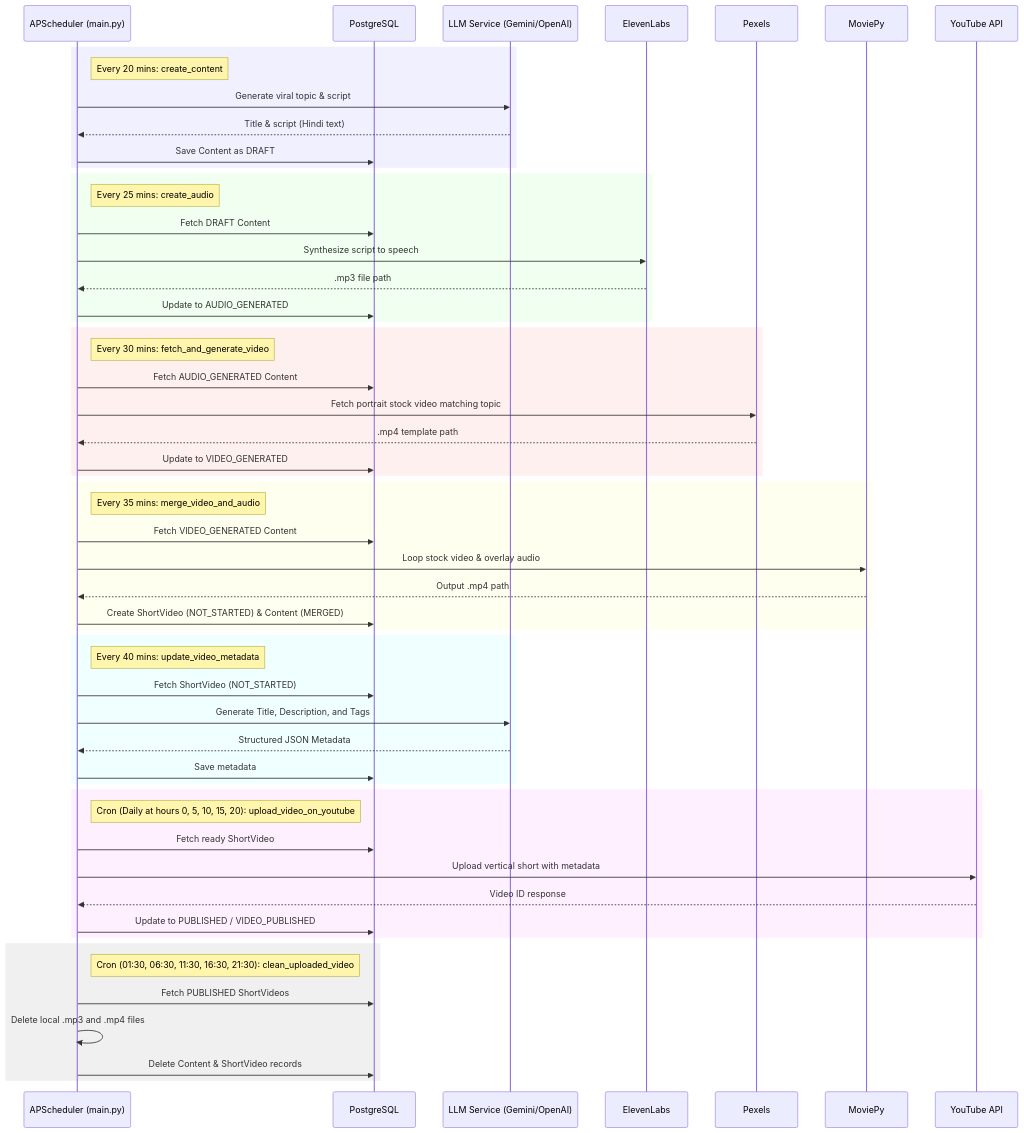
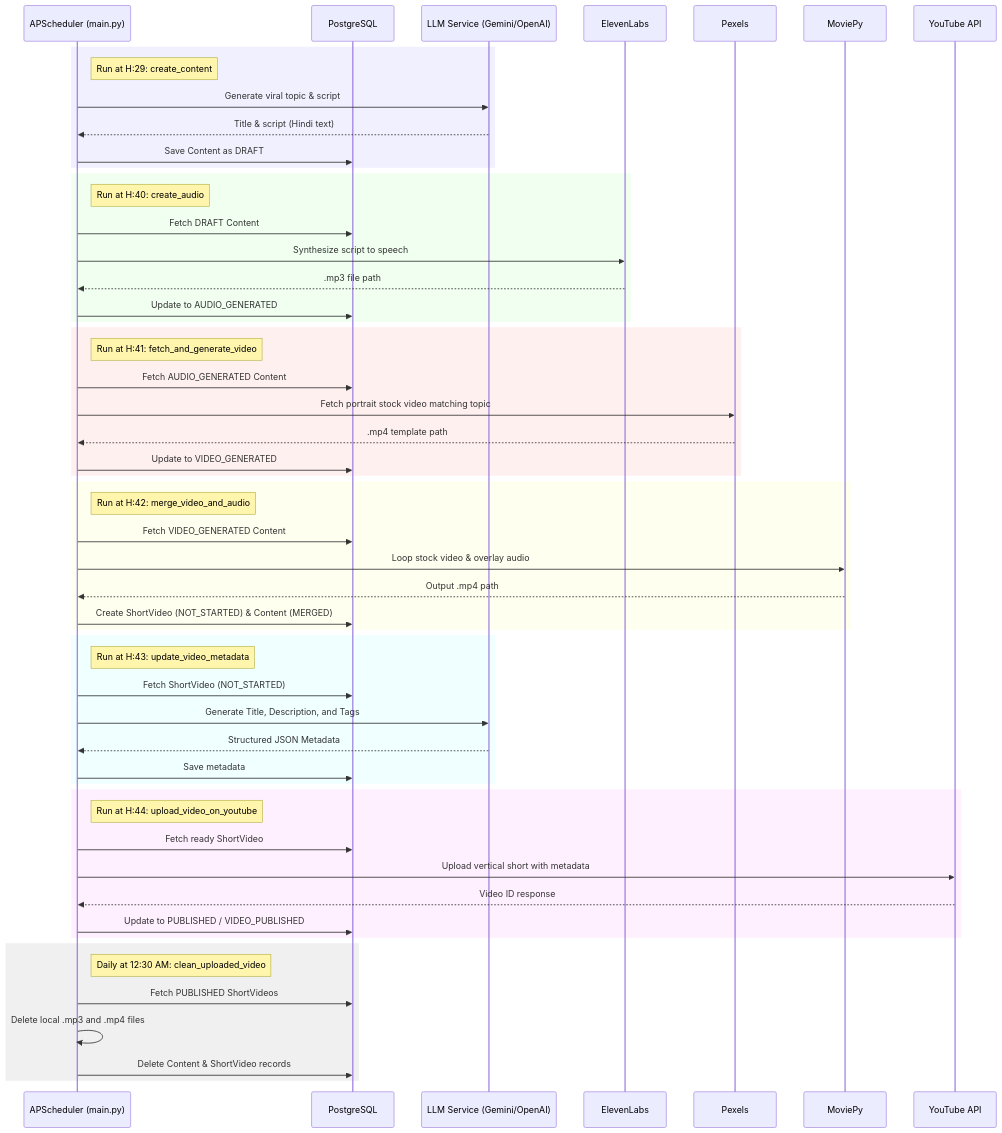
Before and after one commit to indvx/dg_shorts_ai: the second of 2 diagrams in README.md, drawn with Mermaid. The commit also changed other lines of this file and 1 other file, not shown here.

````diff
--- a/README.md
+++ b/README.md
@@ -319,64 +321,64 @@
 ```mermaid
 sequenceDiagram
     participant S as APScheduler (main.py)
     participant DB as PostgreSQL
     participant LLM as LLM Service (Gemini/OpenAI)
     participant EL as ElevenLabs
     participant P as Pexels
     participant MV as MoviePy
     participant YT as YouTube API
     
     rect rgb(240, 240, 255)
-    note right of S: Every 20 mins: create_content
+    note right of S: Run at H:29: create_content
     S->>LLM: Generate viral topic & script
     LLM-->>S: Title & script (Hindi text)
     S->>DB: Save Content as DRAFT
     end
 
     rect rgb(240, 255, 240)
-    note right of S: Every 25 mins: create_audio
+    note right of S: Run at H:40: create_audio
     S->>DB: Fetch DRAFT Content
     S->>EL: Synthesize script to speech
     EL-->>S: .mp3 file path
     S->>DB: Update to AUDIO_GENERATED
     end
 
     rect rgb(255, 240, 240)
-    note right of S: Every 30 mins: fetch_and_generate_video
+    note right of S: Run at H:41: fetch_and_generate_video
     S->>DB: Fetch AUDIO_GENERATED Content
     S->>P: Fetch portrait stock video matching topic
     P-->>S: .mp4 template path
     S->>DB: Update to VIDEO_GENERATED
     end
 
     rect rgb(255, 255, 240)
-    note right of S: Every 35 mins: merge_video_and_audio
+    note right of S: Run at H:42: merge_video_and_audio
     S->>DB: Fetch VIDEO_GENERATED Content
     S->>MV: Loop stock video & overlay audio
     MV-->>S: Output .mp4 path
     S->>DB: Create ShortVideo (NOT_STARTED) & Content (MERGED)
     end
 
     rect rgb(240, 255, 255)
-    note right of S: Every 40 mins: update_video_metadata
+    note right of S: Run at H:43: update_video_metadata
     S->>DB: Fetch ShortVideo (NOT_STARTED)
     S->>LLM: Generate Title, Description, and Tags
     LLM-->>S: Structured JSON Metadata
     S->>DB: Save metadata
     end
 
     rect rgb(255, 240, 255)
-    note right of S: Cron (Daily at hours 0, 5, 10, 15, 20): upload_video_on_youtube
+    note right of S: Run at H:44: upload_video_on_youtube
     S->>DB: Fetch ready ShortVideo
     S->>YT: Upload vertical short with metadata
     YT-->>S: Video ID response
     S->>DB: Update to PUBLISHED / VIDEO_PUBLISHED
     end
 
     rect rgb(240, 240, 240)
-    note right of S: Cron (01:30, 06:30, 11:30, 16:30, 21:30): clean_uploaded_video
+    note right of S: Daily at 12:30 AM: clean_uploaded_video
     S->>DB: Fetch PUBLISHED ShortVideos
     S->>S: Delete local .mp3 and .mp4 files
     S->>DB: Delete Content & ShortVideo records
     end
 ```
````
